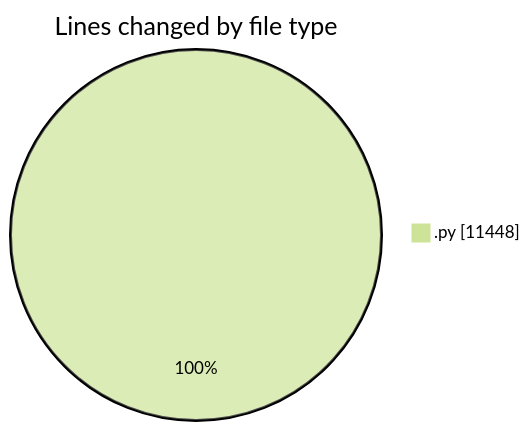
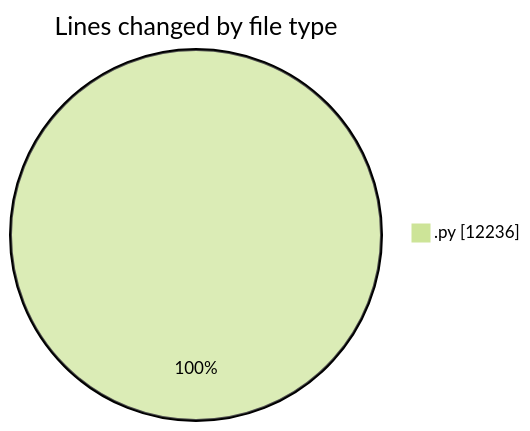
The first of 2 diagrams in 2025-07-14/telebot/README.md (jrari/code-tracking), drawn with Mermaid (forest theme) before and after one commit. The commit also changed other lines of this file and 1 other file, not shown here.

````diff
--- a/2025-07-14/telebot/README.md
+++ b/2025-07-14/telebot/README.md
@@ -35,5 +36,5 @@
 ```mermaid
 pie showData
 title Lines changed by file type
-".py" : 11448
+".py" : 12236
 ```
````
